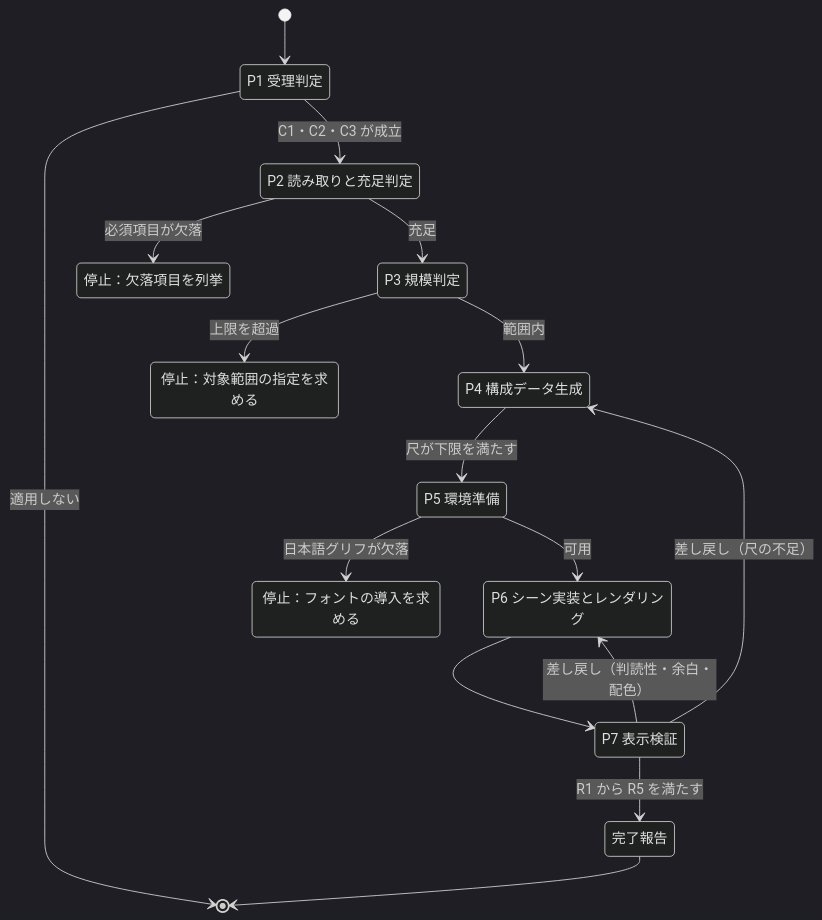
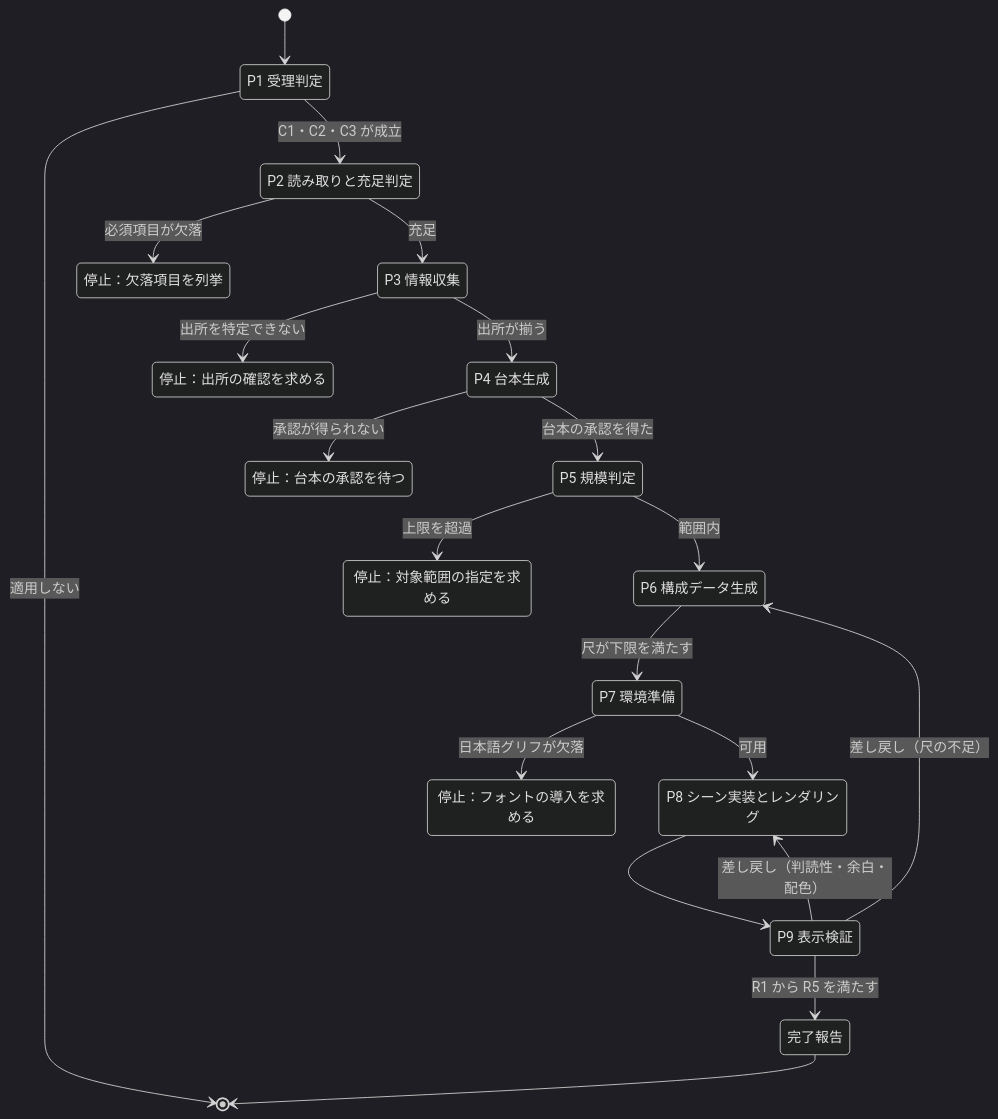
Before and after one commit to rictaworks/spec-to-mp4-video-skill: the second of 3 diagrams in SPEC/skill-structure.md, drawn with Mermaid (dark theme). The commit also changed other lines of this file and 15 other files, not shown here.

````diff
--- a/SPEC/skill-structure.md
+++ b/SPEC/skill-structure.md
@@ -40,30 +44,38 @@
 ```mermaid
 stateDiagram-v2
     [*] --> P1
     state "P1 受理判定" as P1
     state "P2 読み取りと充足判定" as P2
-    state "P3 規模判定" as P3
-    state "P4 構成データ生成" as P4
-    state "P5 環境準備" as P5
-    state "P6 シーン実装とレンダリング" as P6
-    state "P7 表示検証" as P7
+    state "P3 情報収集" as P3
+    state "P4 台本生成" as P4
+    state "P5 規模判定" as P5
+    state "P6 構成データ生成" as P6
+    state "P7 環境準備" as P7
+    state "P8 シーン実装とレンダリング" as P8
+    state "P9 表示検証" as P9
     state "停止：欠落項目を列挙" as S1
     state "停止：対象範囲の指定を求める" as S2
     state "停止：フォントの導入を求める" as S3
+    state "停止：出所の確認を求める" as S4
+    state "停止：台本の承認を待つ" as S5
     state "完了報告" as DONE
 
     P1 --> P2 : C1・C2・C3 が成立
     P1 --> [*] : 適用しない
     P2 --> S1 : 必須項目が欠落
     P2 --> P3 : 充足
-    P3 --> S2 : 上限を超過
-    P3 --> P4 : 範囲内
-    P4 --> P5 : 尺が下限を満たす
-    P5 --> S3 : 日本語グリフが欠落
-    P5 --> P6 : 可用
-    P6 --> P7
-    P7 --> P6 : 差し戻し（判読性・余白・配色）
-    P7 --> P4 : 差し戻し（尺の不足）
-    P7 --> DONE : R1 から R5 を満たす
+    P3 --> S4 : 出所を特定できない
+    P3 --> P4 : 出所が揃う
+    P4 --> S5 : 承認が得られない
+    P4 --> P5 : 台本の承認を得た
+    P5 --> S2 : 上限を超過
+    P5 --> P6 : 範囲内
+    P6 --> P7 : 尺が下限を満たす
+    P7 --> S3 : 日本語グリフが欠落
+    P7 --> P8 : 可用
+    P8 --> P9
+    P9 --> P8 : 差し戻し（判読性・余白・配色）
+    P9 --> P6 : 差し戻し（尺の不足）
+    P9 --> DONE : R1 から R5 を満たす
     DONE --> [*]
 ```
````
